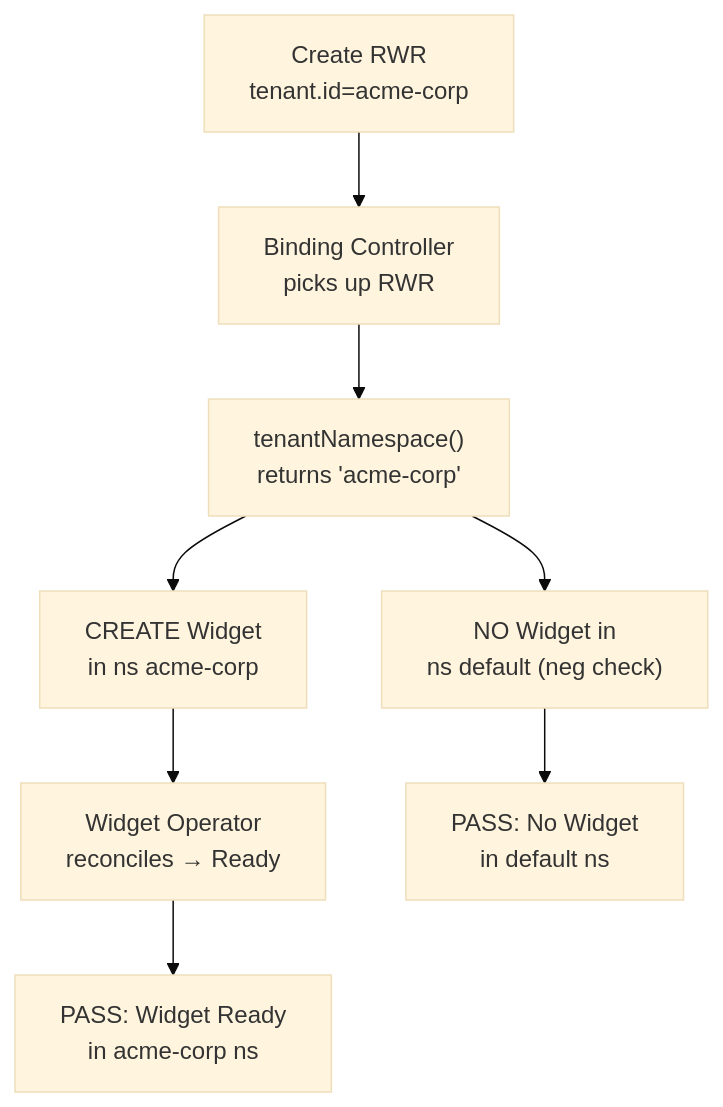
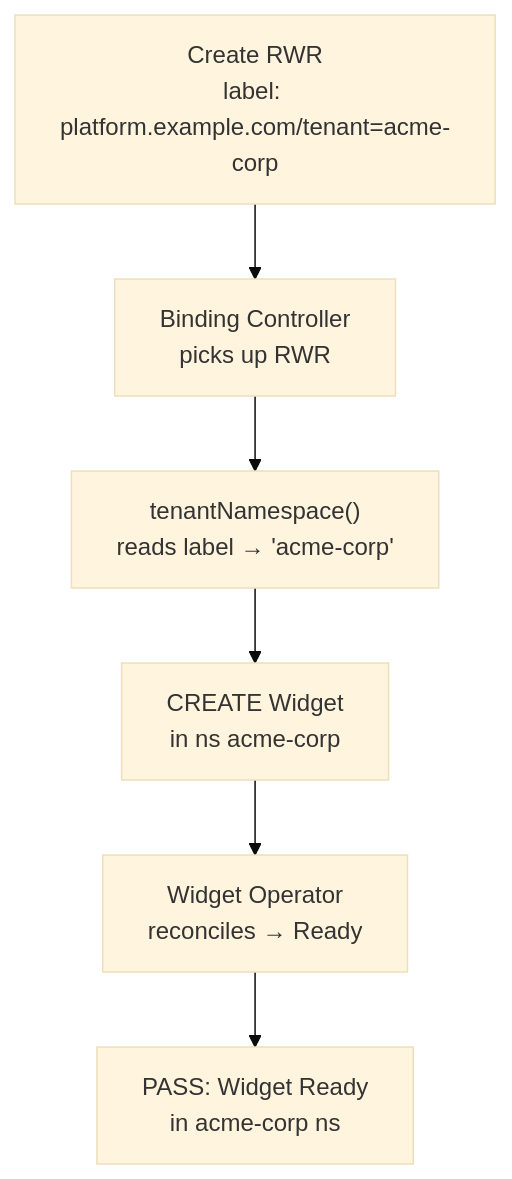
Before and after one commit to sojoner/kro-lab: the second of 2 diagrams in docs/platform-mvp/09-multi-tenancy.md, drawn with Mermaid (base theme). The commit also changed other lines of this file and 126 other files, not shown here.

````diff
--- a/docs/platform-mvp/09-multi-tenancy.md
+++ b/docs/platform-mvp/09-multi-tenancy.md
@@ -155,10 +164,8 @@
 ```mermaid
 graph TD
-    A["Create RWR<br/>tenant.id=acme-corp"] --> B["Binding Controller<br/>picks up RWR"]
-    B --> C["tenantNamespace()<br/>returns 'acme-corp'"]
+    A["Create RWR<br/>label: platform.example.com/tenant=acme-corp"] --> B["Binding Controller<br/>picks up RWR"]
+    B --> C["tenantNamespace()<br/>reads label → 'acme-corp'"]
     C --> D["CREATE Widget<br/>in ns acme-corp"]
-    C --> E["NO Widget in<br/>ns default (neg check)"]
-    D --> F["Widget Operator<br/>reconciles → Ready"]
-    F --> G["PASS: Widget Ready<br/>in acme-corp ns"]
-    E --> H["PASS: No Widget<br/>in default ns"]
+    D --> E["Widget Operator<br/>reconciles → Ready"]
+    E --> F["PASS: Widget Ready<br/>in acme-corp ns"]
 ```
````
